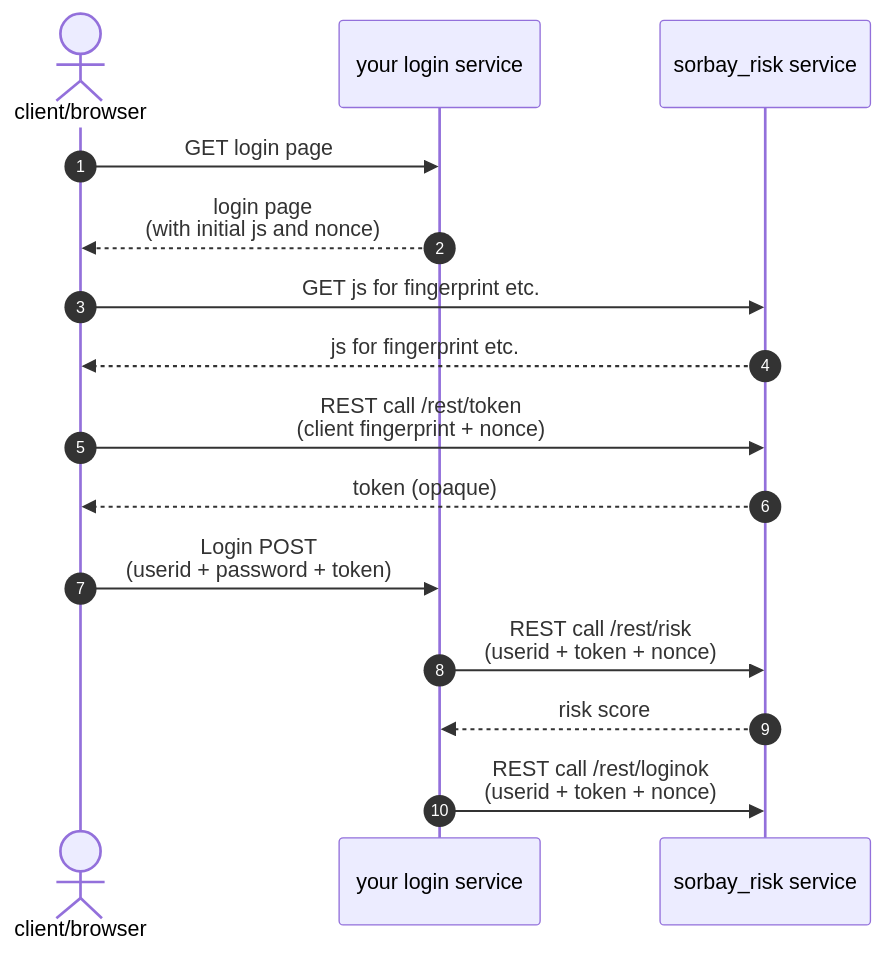
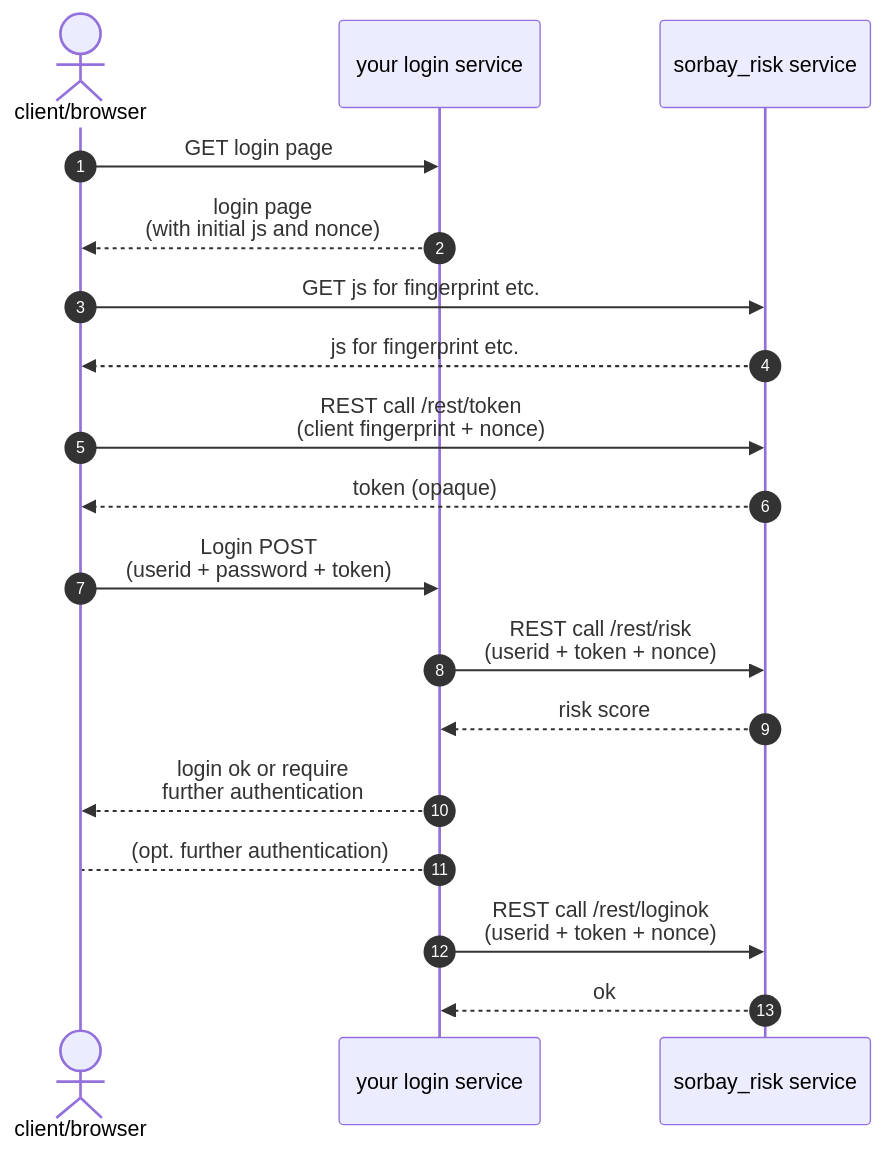
The diagram in docs/en/sorbay_risk_integration.md (sorbay/sorbay-documentation), drawn with Mermaid before and after one commit. The commit also changed other lines of this file, not shown here.

Commit message:
adapted sequence diagram and removed part about second rest call and security, according to feedback from sandro

````diff
--- a/docs/en/sorbay_risk_integration.md
+++ b/docs/en/sorbay_risk_integration.md
@@ -33,20 +33,23 @@
 ```mermaid
 sequenceDiagram
 
 autonumber
 
 actor client as client/browser
 participant login as your login service
 participant risk as sorbay_risk service
 
 client ->> login: GET login page
 login -->> client: login page<br>(with initial js and nonce)
 client ->> risk: GET js for fingerprint etc.
 risk -->> client: js for fingerprint etc.
 client ->> risk: REST call /rest/token<br>(client fingerprint + nonce)
 risk -->> client: token (opaque)
 client ->> login: Login POST<br>(userid + password + token)
 login ->> risk: REST call /rest/risk<br>(userid + token + nonce)
 risk -->> login: risk score
+login -->> client : login ok or require<br>further authentication
+login --> client : (opt. further authentication)
 login ->> risk: REST call /rest/loginok<br>(userid + token + nonce)
+risk -->> login: ok
 ```
````
